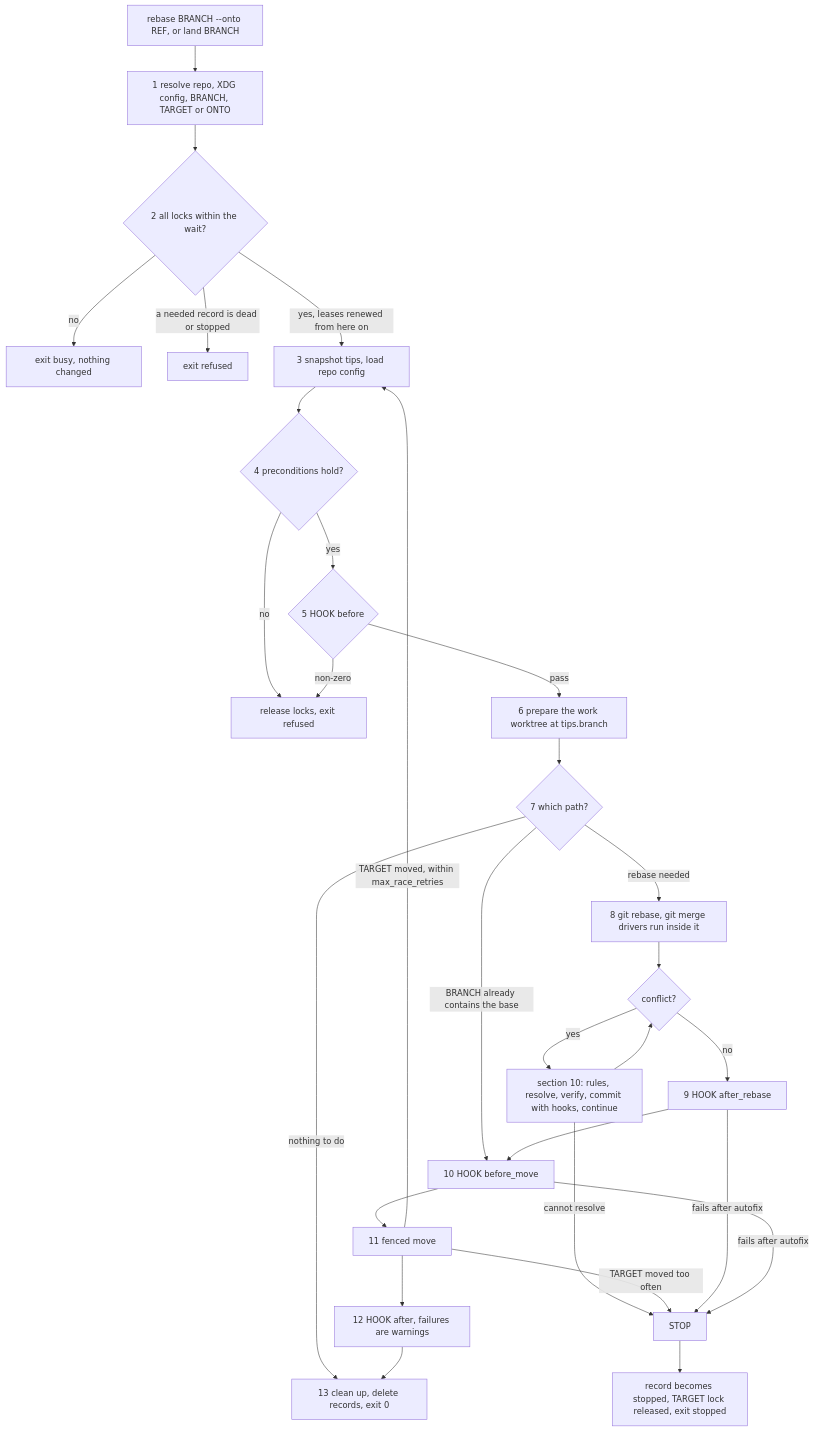
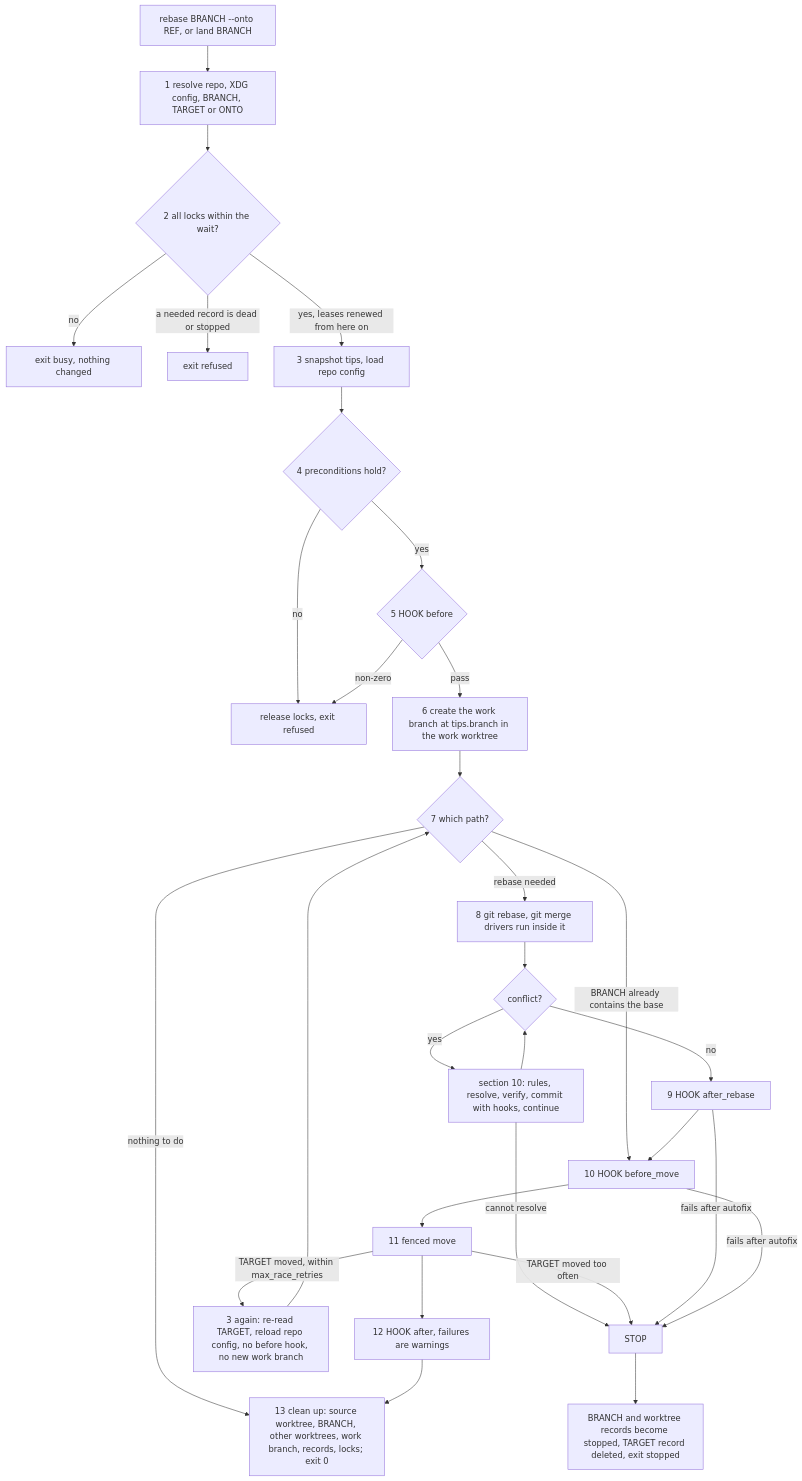
Before and after one commit to phillipgreenii/nix-agent-support: the second of 3 diagrams in docs/superpowers/specs/2026-11-07-pg-git-lander-design.md, drawn with Mermaid. The commit also changed other lines of this file, not shown here.

First line of the commit message:
docs(pg-git-lander): trim the design and replace the worktree model

````diff
--- a/docs/superpowers/specs/2026-11-07-pg-git-lander-design.md
+++ b/docs/superpowers/specs/2026-11-07-pg-git-lander-design.md
@@ -239,31 +237,32 @@
 ```mermaid
 flowchart TD
   A["rebase BRANCH --onto REF, or land BRANCH"] --> B["1 resolve repo, XDG config, BRANCH, TARGET or ONTO"]
   B --> C{"2 all locks within the wait?"}
   C -->|"no"| X1["exit busy, nothing changed"]
   C -->|"a needed record is dead or stopped"| X2["exit refused"]
   C -->|"yes, leases renewed from here on"| D["3 snapshot tips, load repo config"]
   D --> E{"4 preconditions hold?"}
   E -->|"no"| X3["release locks, exit refused"]
   E -->|"yes"| F{"5 HOOK before"}
   F -->|"non-zero"| X3
-  F -->|"pass"| G["6 prepare the work worktree at tips.branch"]
+  F -->|"pass"| G["6 create the work branch at tips.branch in the work worktree"]
   G --> H{"7 which path?"}
   H -->|"nothing to do"| CL
   H -->|"BRANCH already contains the base"| BM
   H -->|"rebase needed"| R["8 git rebase, git merge drivers run inside it"]
   R --> RC{"conflict?"}
   RC -->|"yes"| CR["section 10: rules, resolve, verify, commit with hooks, continue"]
   CR -->|"cannot resolve"| S["STOP"]
   CR --> RC
   RC -->|"no"| AR["9 HOOK after_rebase"]
   AR --> BM["10 HOOK before_move"]
   BM --> MV["11 fenced move"]
-  MV -->|"TARGET moved, within max_race_retries"| D
+  MV -->|"TARGET moved, within max_race_retries"| D2["3 again: re-read TARGET, reload repo config, no before hook, no new work branch"]
+  D2 --> H
   MV -->|"TARGET moved too often"| S
   MV --> AF["12 HOOK after, failures are warnings"]
-  AF --> CL["13 clean up, delete records, exit 0"]
+  AF --> CL["13 clean up: source worktree, BRANCH, other worktrees, work branch, records, locks; exit 0"]
   AR -->|"fails after autofix"| S
   BM -->|"fails after autofix"| S
-  S --> X4["record becomes stopped, TARGET lock released, exit stopped"]
+  S --> X4["BRANCH and worktree records become stopped, TARGET record deleted, exit stopped"]
 ```
````
